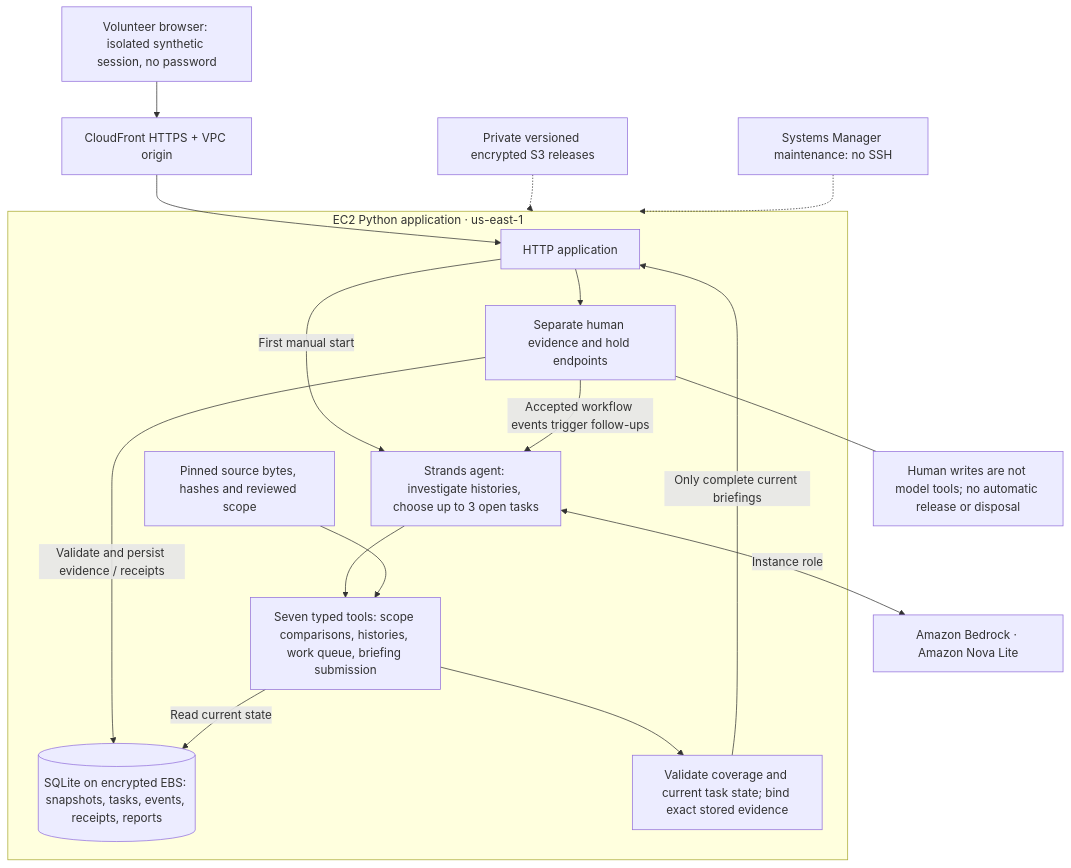
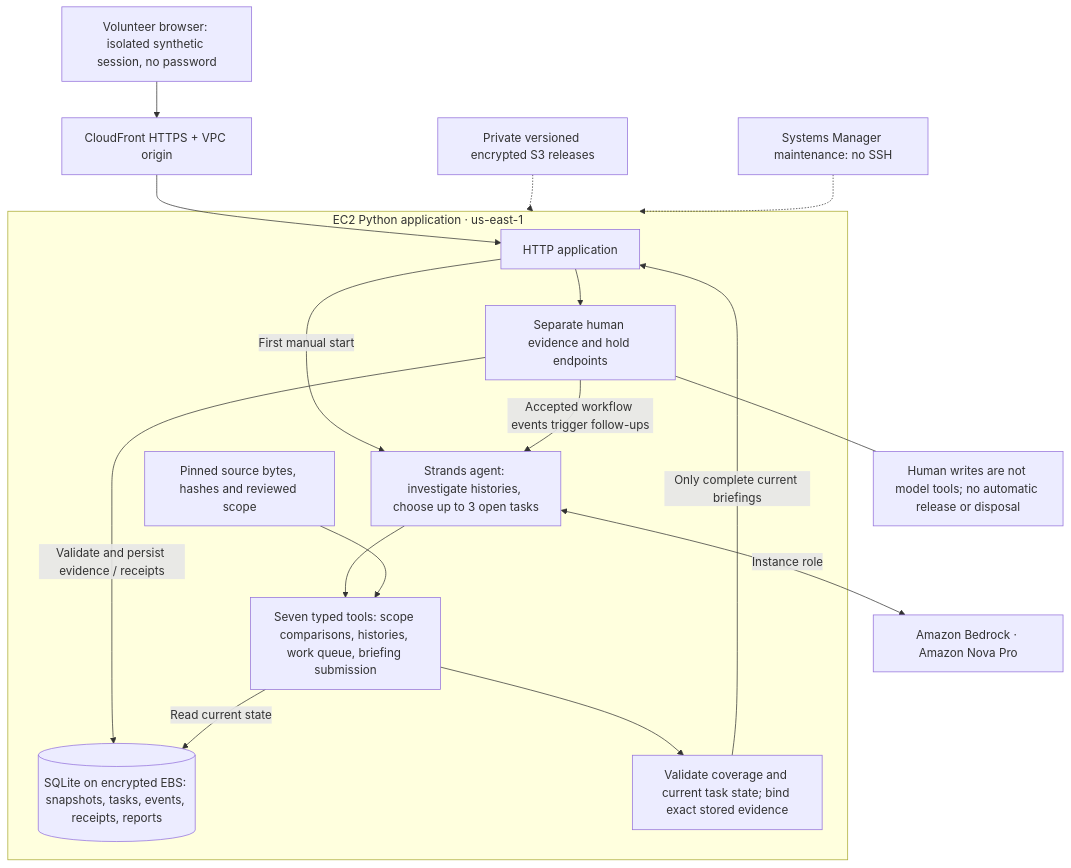
The diagram in docs/submission/architecture.mmd (shinushibu17/pantry-recall-response-agent), drawn with Mermaid before and after one commit. The commit also changed 18 other files, not shown here.

Commit message:
Apply evaluation-informed case context and verified Nova Pro deployment

```diff
--- a/docs/submission/architecture.mmd
+++ b/docs/submission/architecture.mmd
@@ -1,19 +1,19 @@
 flowchart TB
   visitor[Volunteer browser: isolated synthetic session, no password] --> cf[CloudFront HTTPS + VPC origin]
   cf --> http
   subgraph ec2[EC2 Python application · us-east-1]
     http[HTTP application]
     http --> human[Separate human evidence and hold endpoints]
     http -->|First manual start| agent[Strands agent: investigate histories, choose up to 3 open tasks]
     human -->|Accepted workflow events trigger follow-ups| agent
     human -->|Validate and persist evidence / receipts| db[(SQLite on encrypted EBS: snapshots, tasks, events, receipts, reports)]
     agent --> tools[Seven typed tools: scope comparisons, histories, work queue, briefing submission]
     tools -->|Read current state| db
     tools --> validator[Validate coverage and current task state; bind exact stored evidence]
     validator -->|Only complete current briefings| http
     fixtures[Pinned source bytes, hashes and reviewed scope] --> tools
   end
-  agent <-->|Instance role| bedrock[Amazon Bedrock · Amazon Nova Lite]
+  agent <-->|Instance role| bedrock[Amazon Bedrock · Amazon Nova Pro]
   s3[Private versioned encrypted S3 releases] -.-> ec2
   ssm[Systems Manager maintenance: no SSH] -.-> ec2
   human --- boundary[Human writes are not model tools; no automatic release or disposal]
```
